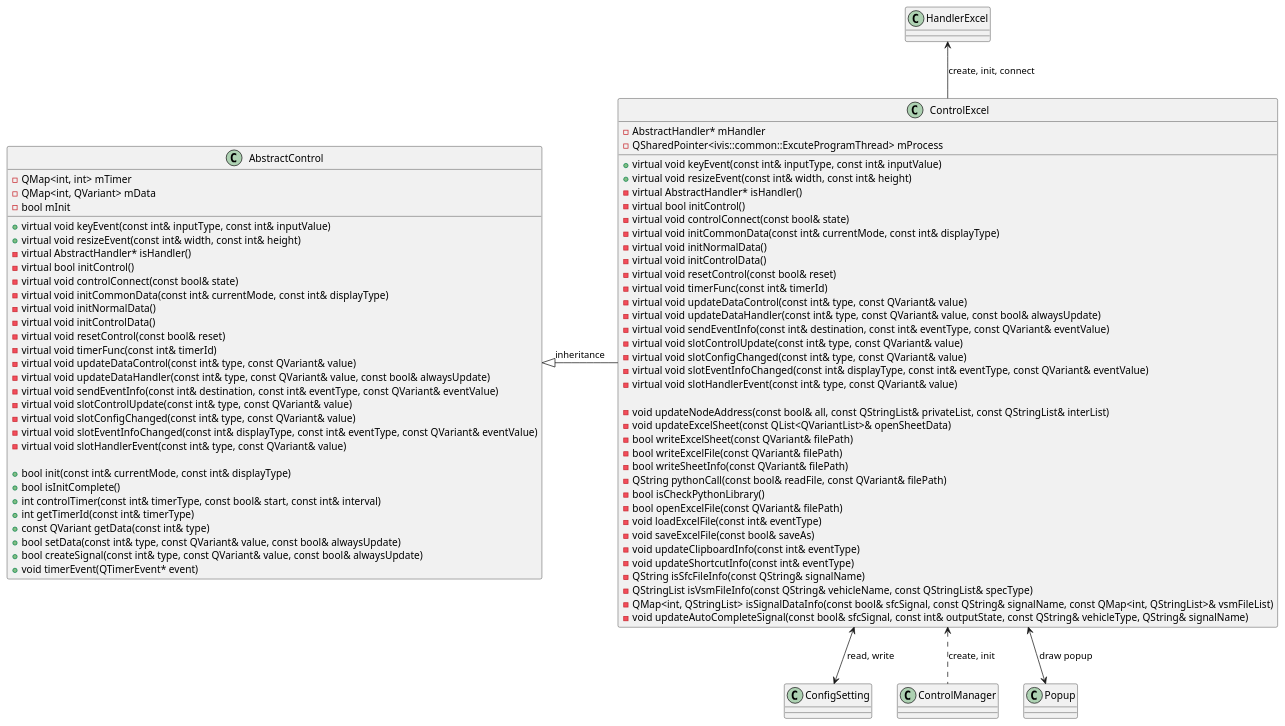
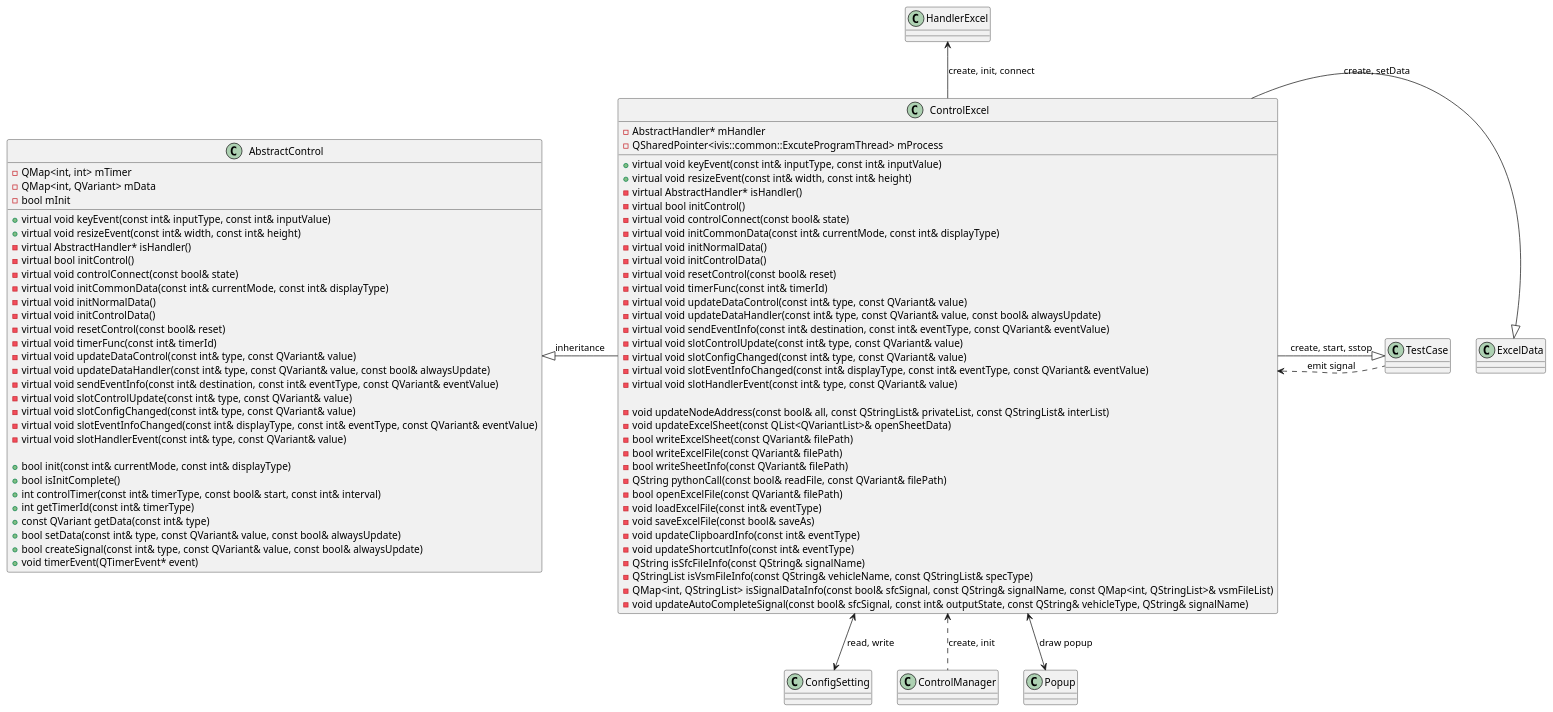
One commit to rlarudgh1997/Application changed the diagram in Diagram/022_Excel/ClassDiagram_ExcelControl.plantuml. Above: the diagram before and after it, drawn with PlantUML. The commit also changed 34 other files, not shown here.

```diff
--- a/Diagram/022_Excel/ClassDiagram_ExcelControl.plantuml
+++ b/Diagram/022_Excel/ClassDiagram_ExcelControl.plantuml
@@ -1,86 +1,87 @@
 @startuml
 
 ' AbstractControl 클래스 정의
 class AbstractControl {
     +virtual void keyEvent(const int& inputType, const int& inputValue)
     +virtual void resizeEvent(const int& width, const int& height)
     -virtual AbstractHandler* isHandler()
     -virtual bool initControl()
     -virtual void controlConnect(const bool& state)
     -virtual void initCommonData(const int& currentMode, const int& displayType)
     -virtual void initNormalData()
     -virtual void initControlData()
     -virtual void resetControl(const bool& reset)
     -virtual void timerFunc(const int& timerId)
     -virtual void updateDataControl(const int& type, const QVariant& value)
     -virtual void updateDataHandler(const int& type, const QVariant& value, const bool& alwaysUpdate)
     -virtual void sendEventInfo(const int& destination, const int& eventType, const QVariant& eventValue)
     -virtual void slotControlUpdate(const int& type, const QVariant& value)
     -virtual void slotConfigChanged(const int& type, const QVariant& value)
     -virtual void slotEventInfoChanged(const int& displayType, const int& eventType, const QVariant& eventValue)
     -virtual void slotHandlerEvent(const int& type, const QVariant& value)
 
     +bool init(const int& currentMode, const int& displayType)
     +bool isInitComplete()
     +int controlTimer(const int& timerType, const bool& start, const int& interval)
     +int getTimerId(const int& timerType)
     +const QVariant getData(const int& type)
     +bool setData(const int& type, const QVariant& value, const bool& alwaysUpdate)
     +bool createSignal(const int& type, const QVariant& value, const bool& alwaysUpdate)
     +void timerEvent(QTimerEvent* event)
 
     -QMap<int, int> mTimer
     -QMap<int, QVariant> mData
     -bool mInit
 }
 
 ' ControlExcel 클래스 정의
 class ControlExcel {
     +virtual void keyEvent(const int& inputType, const int& inputValue)
     +virtual void resizeEvent(const int& width, const int& height)
     -virtual AbstractHandler* isHandler()
     -virtual bool initControl()
     -virtual void controlConnect(const bool& state)
     -virtual void initCommonData(const int& currentMode, const int& displayType)
     -virtual void initNormalData()
     -virtual void initControlData()
     -virtual void resetControl(const bool& reset)
     -virtual void timerFunc(const int& timerId)
     -virtual void updateDataControl(const int& type, const QVariant& value)
     -virtual void updateDataHandler(const int& type, const QVariant& value, const bool& alwaysUpdate)
     -virtual void sendEventInfo(const int& destination, const int& eventType, const QVariant& eventValue)
     -virtual void slotControlUpdate(const int& type, const QVariant& value)
     -virtual void slotConfigChanged(const int& type, const QVariant& value)
     -virtual void slotEventInfoChanged(const int& displayType, const int& eventType, const QVariant& eventValue)
     -virtual void slotHandlerEvent(const int& type, const QVariant& value)
 
     -void updateNodeAddress(const bool& all, const QStringList& privateList, const QStringList& interList)
     -void updateExcelSheet(const QList<QVariantList>& openSheetData)
     -bool writeExcelSheet(const QVariant& filePath)
     -bool writeExcelFile(const QVariant& filePath)
     -bool writeSheetInfo(const QVariant& filePath)
     -QString pythonCall(const bool& readFile, const QVariant& filePath)
-    -bool isCheckPythonLibrary()
     -bool openExcelFile(const QVariant& filePath)
     -void loadExcelFile(const int& eventType)
     -void saveExcelFile(const bool& saveAs)
     -void updateClipboardInfo(const int& eventType)
     -void updateShortcutInfo(const int& eventType)
     -QString isSfcFileInfo(const QString& signalName)
     -QStringList isVsmFileInfo(const QString& vehicleName, const QStringList& specType)
     -QMap<int, QStringList> isSignalDataInfo(const bool& sfcSignal, const QString& signalName, const QMap<int, QStringList>& vsmFileList)
     -void updateAutoCompleteSignal(const bool& sfcSignal, const int& outputState, const QString& vehicleType, QString& signalName)
 
     -AbstractHandler* mHandler
     -QSharedPointer<ivis::common::ExcuteProgramThread> mProcess
 }
 
 
 ' 클래스 간의 관계 정의
 AbstractControl <|- ControlExcel : inheritance
 HandlerExcel <-- ControlExcel : create, init, connect
 ControlExcel <--> ConfigSetting : read, write
 ControlExcel <.. ControlManager : create, init
 ControlExcel <--> Popup : draw popup
-
+ControlExcel -|> ExcelData : create, setData
+ControlExcel -|> TestCase : create, start, sstop
+ControlExcel <.. TestCase : emit signal
 @enduml
```
